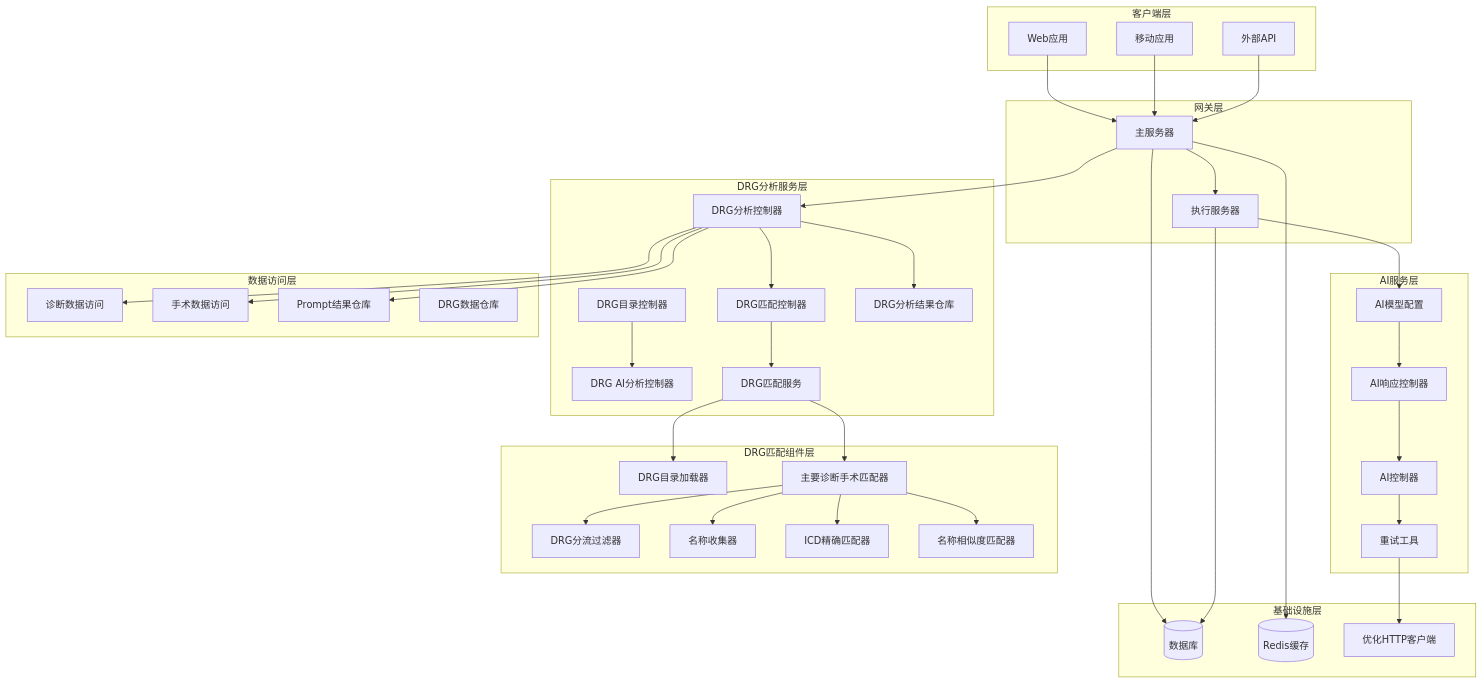
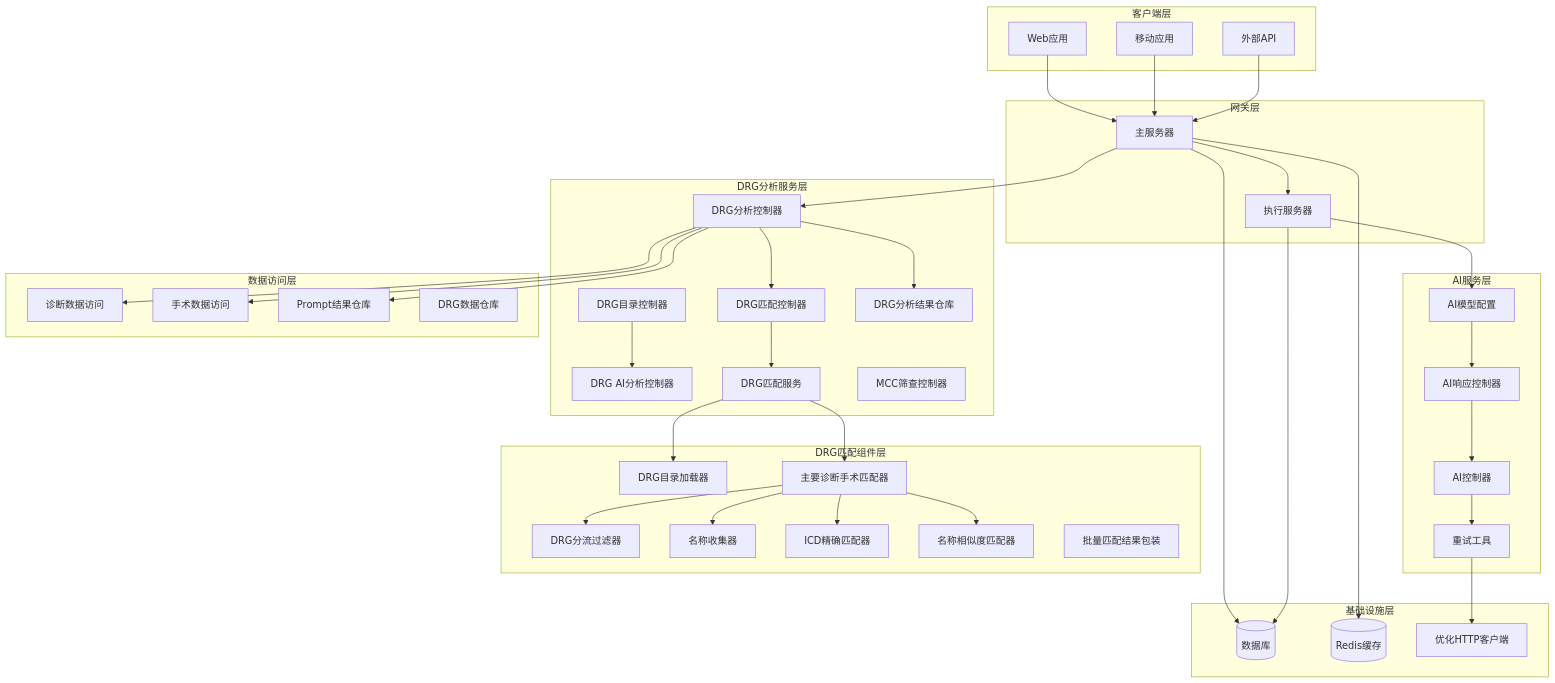
Before and after one commit to liuzh2008/med_ai_assistant_workspace: the first of 32 diagrams in .qoder/repowiki/zh/content/核心功能模块/DRG分析系统增强.md, drawn with Mermaid. The commit also changed other lines of this file and 1 other file, not shown here.

````diff
--- a/.qoder/repowiki/zh/content/核心功能模块/DRG分析系统增强.md
+++ b/.qoder/repowiki/zh/content/核心功能模块/DRG分析系统增强.md
@@ -104,71 +119,73 @@
 ```mermaid
 graph TB
 subgraph "客户端层"
 WebApp[Web应用]
 MobileApp[移动应用]
 API[外部API]
 end
 subgraph "网关层"
 MainServer[主服务器]
 ExecutionServer[执行服务器]
 end
 subgraph "AI服务层"
 AIModelConfig[AI模型配置]
 AIResponseController[AI响应控制器]
 AIController[AI控制器]
 RetryUtil[重试工具]
 end
 subgraph "DRG分析服务层"
 DrgAnalysisController[DRG分析控制器]
 DrgMatchingController[DRG匹配控制器]
 DrgCatalogController[DRG目录控制器]
 DrgAiAnalysisController[DRG AI分析控制器]
 DrgMatchingService[DRG匹配服务]
 DrgAnalysisResultRepository[DRG分析结果仓库]
+MccScreeningController[MCC筛查控制器]
 end
 subgraph "DRG匹配组件层"
 DrgCatalogLoader[DRG目录加载器]
 PrimaryDiagnosisProcedureMatcher[主要诊断手术匹配器]
 DrgFilter[DRG分流过滤器]
 NameCollector[名称收集器]
 IcdMatcher[ICD精确匹配器]
 NameMatcher[名称相似度匹配器]
+DrgBatchMatchResult[批量匹配结果包装]
 end
 subgraph "数据访问层"
 DiagnosisRepository[诊断数据访问]
 SurgeryRepository[手术数据访问]
 PromptResultRepository[Prompt结果仓库]
 DrgRepository[DRG数据仓库]
 end
 subgraph "基础设施层"
 Database[(数据库)]
 Redis[(Redis缓存)]
 HttpClient[优化HTTP客户端]
 end
 WebApp --> MainServer
 MobileApp --> MainServer
 API --> MainServer
 MainServer --> ExecutionServer
 ExecutionServer --> AIModelConfig
 AIModelConfig --> AIResponseController
 AIResponseController --> AIController
 AIController --> RetryUtil
 RetryUtil --> HttpClient
 MainServer --> DrgAnalysisController
 DrgAnalysisController --> DrgMatchingController
 DrgMatchingController --> DrgMatchingService
 DrgMatchingService --> DrgCatalogLoader
 DrgMatchingService --> PrimaryDiagnosisProcedureMatcher
 PrimaryDiagnosisProcedureMatcher --> DrgFilter
 PrimaryDiagnosisProcedureMatcher --> NameCollector
 PrimaryDiagnosisProcedureMatcher --> IcdMatcher
 PrimaryDiagnosisProcedureMatcher --> NameMatcher
 DrgCatalogController --> DrgAiAnalysisController
 DrgAnalysisController --> DrgAnalysisResultRepository
 DrgAnalysisController --> DiagnosisRepository
 DrgAnalysisController --> SurgeryRepository
 DrgAnalysisController --> PromptResultRepository
 MainServer --> Database
 MainServer --> Redis
 ExecutionServer --> Database
 ```
````
